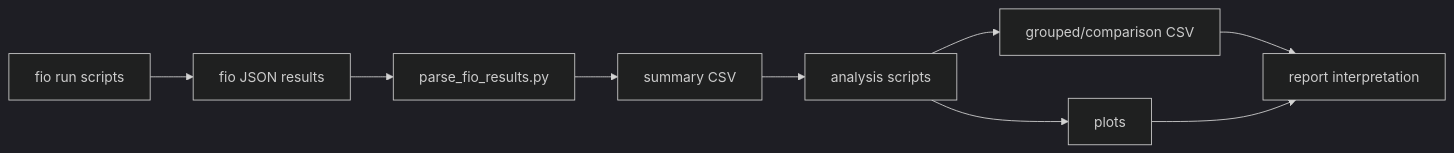
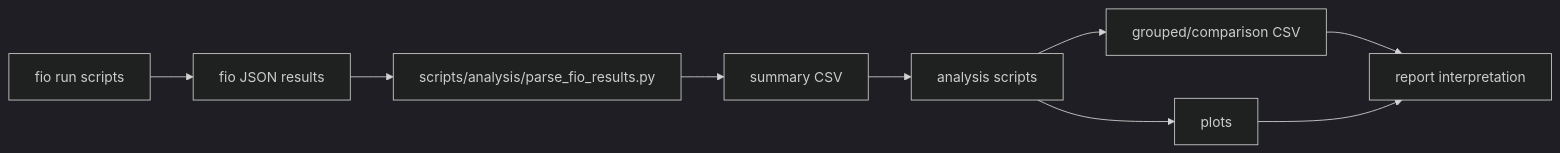
Before and after one commit to Ysj1155/ssd-mini-lab: the diagram in docs/reports/portfolio_evidence.md, drawn with Mermaid (dark theme). The commit also changed other lines of this file and 27 other files, not shown here.

````diff
--- a/docs/reports/portfolio_evidence.md
+++ b/docs/reports/portfolio_evidence.md
@@ -28,11 +28,11 @@
 ```mermaid
 flowchart LR
     A["fio run scripts"] --> B["fio JSON results"]
-    B --> C["parse_fio_results.py"]
+    B --> C["scripts/analysis/parse_fio_results.py"]
     C --> D["summary CSV"]
     D --> E["analysis scripts"]
     E --> F["grouped/comparison CSV"]
     E --> G["plots"]
     F --> H["report interpretation"]
     G --> H
 ```
````
